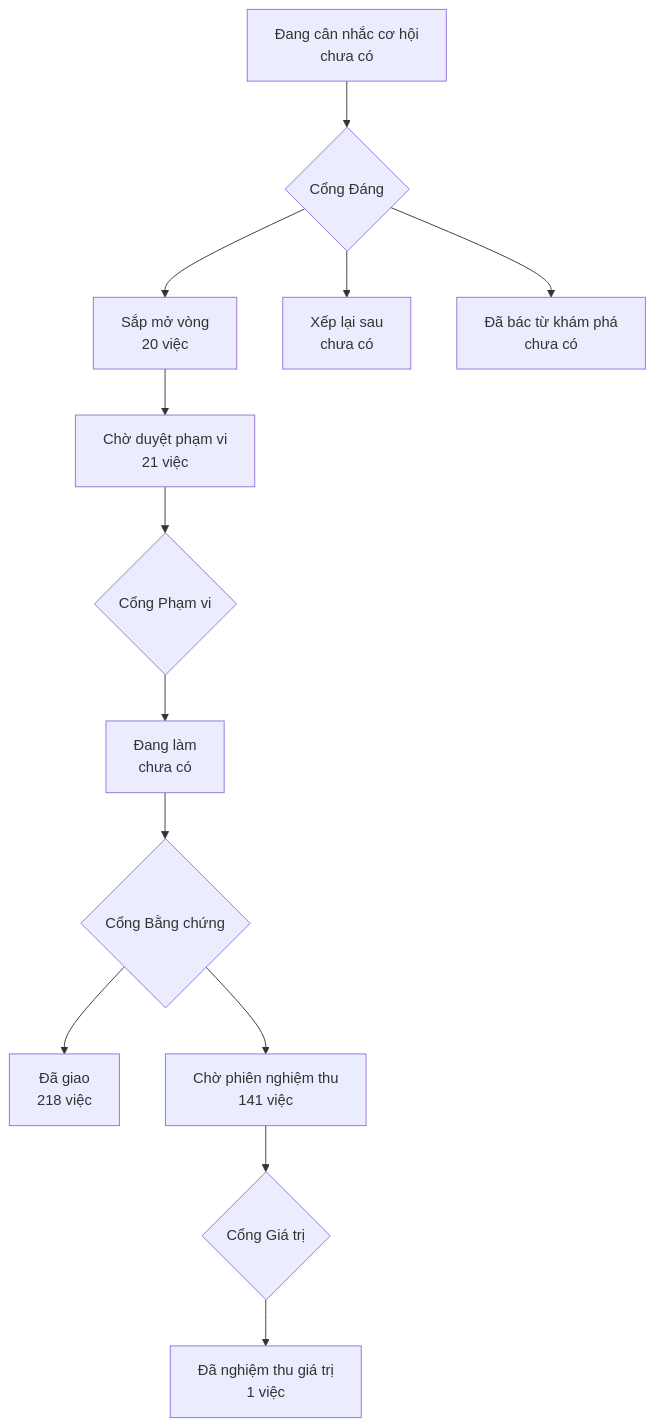
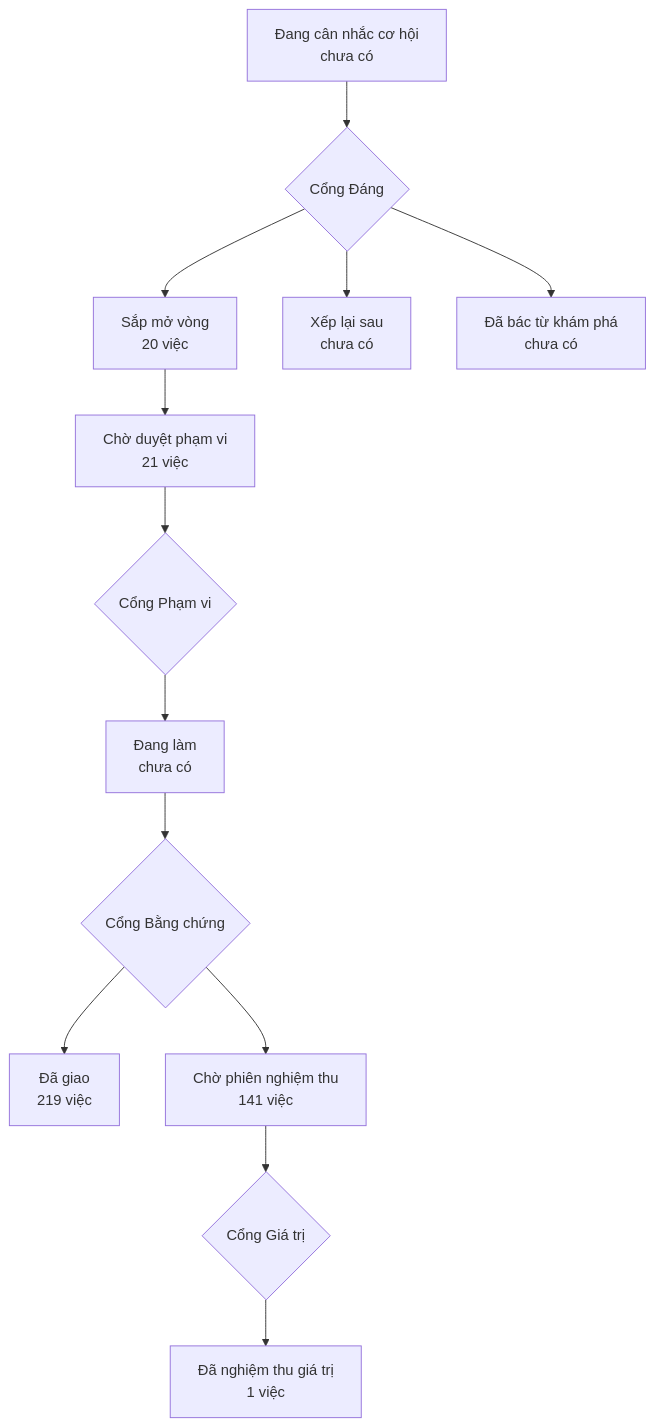
Before and after one commit to phanlemanh/onehub-invest: the diagram in PRODUCT-MAP.md, drawn with Mermaid. The commit also changed other lines of this file and 18 other files, not shown here.

````diff
--- a/PRODUCT-MAP.md
+++ b/PRODUCT-MAP.md
@@ -7,12 +7,12 @@
 ```mermaid
 flowchart TD
   A["Đang cân nhắc cơ hội<br/>chưa có"] --> GD{"Cổng Đáng"}
   GD --> B["Sắp mở vòng<br/>20 việc"]
   GD --> XL["Xếp lại sau<br/>chưa có"]
   GD --> DB["Đã bác từ khám phá<br/>chưa có"]
   B --> CD["Chờ duyệt phạm vi<br/>21 việc"] --> GP{"Cổng Phạm vi"}
   GP --> DL["Đang làm<br/>chưa có"] --> GB{"Cổng Bằng chứng"}
-  GB --> DG["Đã giao<br/>218 việc"]
+  GB --> DG["Đã giao<br/>219 việc"]
   GB --> CN["Chờ phiên nghiệm thu<br/>141 việc"] --> GG{"Cổng Giá trị"}
   GG --> NT["Đã nghiệm thu giá trị<br/>1 việc"]
 ```
````
